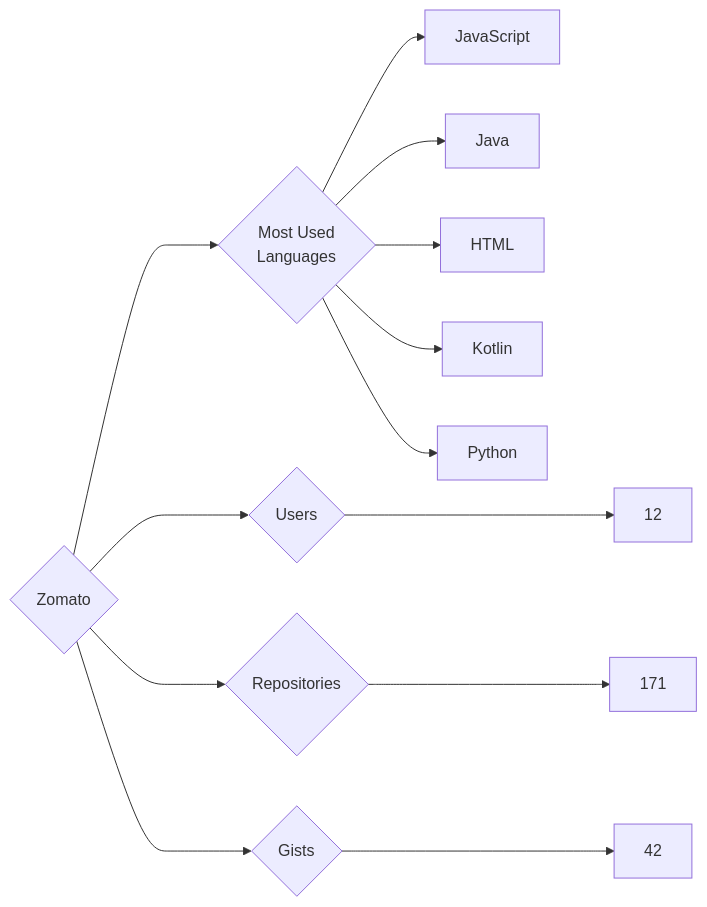
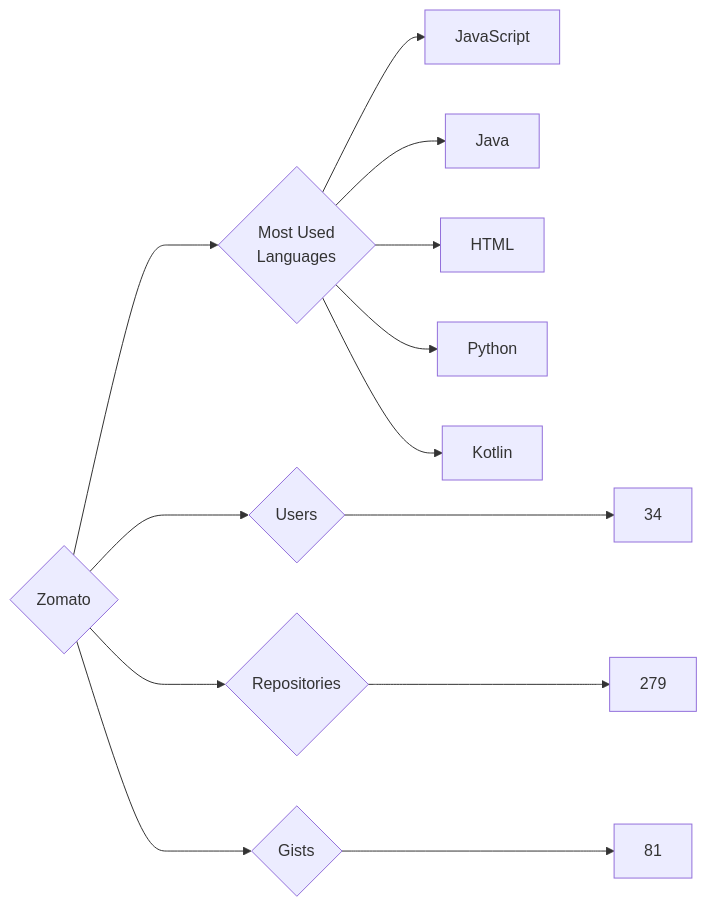
The diagram in targets/Zomato/README.md (trickest/insiders), drawn with Mermaid before and after one commit. The commit also changed 799 other files, not shown here.

````diff
--- a/targets/Zomato/README.md
+++ b/targets/Zomato/README.md
@@ -3,13 +3,13 @@
 ```mermaid
 graph LR
 COMPANY_NAME{Zomato}
-COMPANY_NAME ---> U{Users} ---> UN[12]
-COMPANY_NAME ---> R{Repositories} ---> RN[171]
-COMPANY_NAME ---> G{Gists} ---> GN[42]
+COMPANY_NAME ---> U{Users} ---> UN[34]
+COMPANY_NAME ---> R{Repositories} ---> RN[279]
+COMPANY_NAME ---> G{Gists} ---> GN[81]
 COMPANY_NAME ---> ML{Most Used<br>Languages}
 ML --> JavaScript[JavaScript]
 ML --> Java[Java]
 ML --> HTML[HTML]
+ML --> Python[Python]
 ML --> Kotlin[Kotlin]
-ML --> Python[Python]
 ```
````
